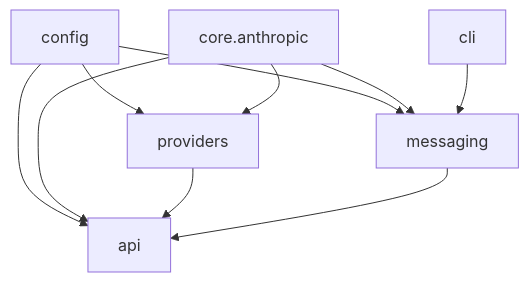
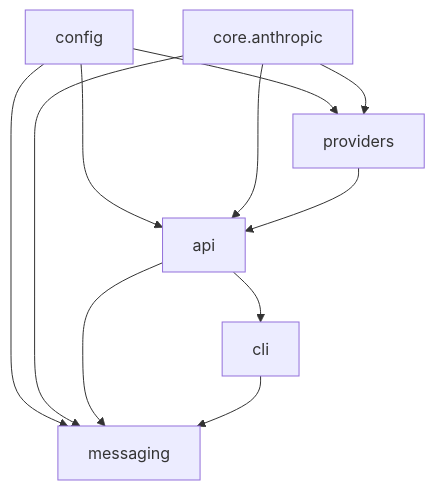
The diagram in PLAN.md (shinmentakezo07/shin07), drawn with Mermaid before and after one commit. The commit also changed other lines of this file and 49 other files, not shown here.

````diff
--- a/PLAN.md
+++ b/PLAN.md
@@ -27,12 +27,13 @@
 ```mermaid
 flowchart TD
     config[config] --> api[api]
     config --> providers[providers]
     config --> messaging[messaging]
     core[core.anthropic] --> api
     core --> providers
     core --> messaging
     providers --> api
+    api --> cli[cli]
+    api --> messaging
     cli --> messaging
-    messaging --> api
 ```
````
